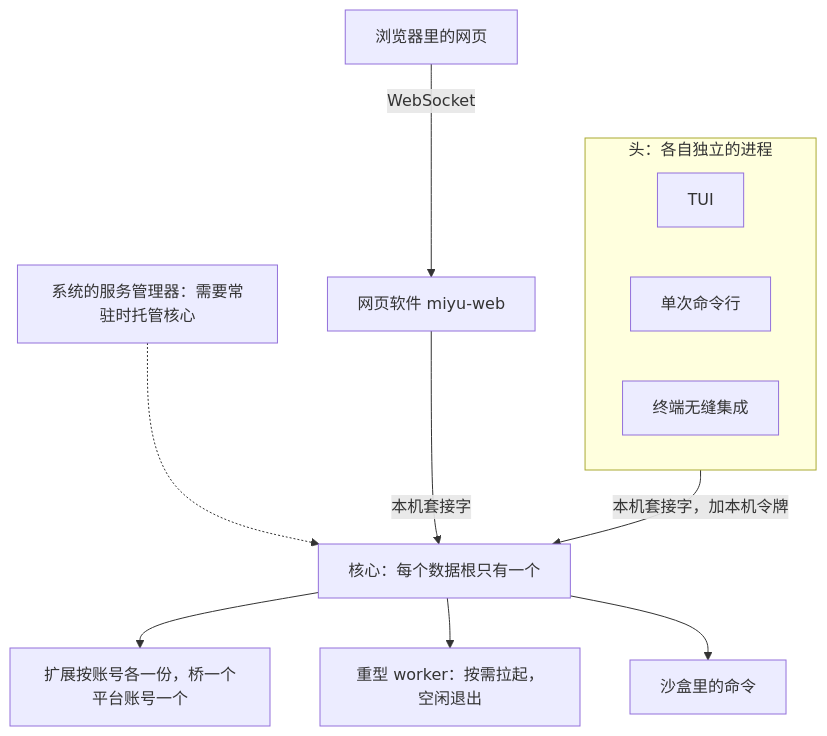
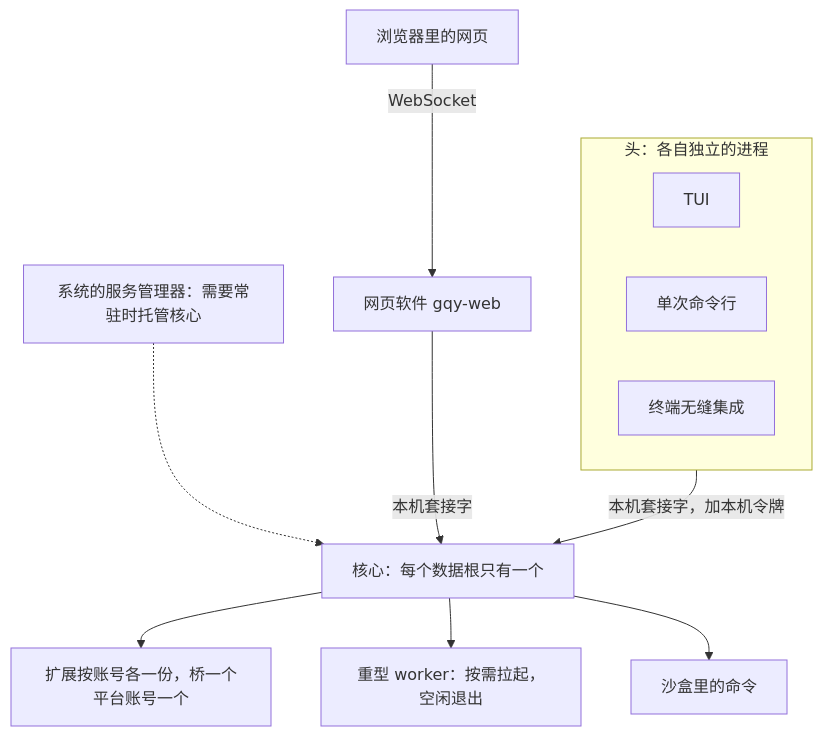
Before and after one commit to yxxbc/GQYv2: the first of 3 diagrams in docs/designs/12-进程形态与分发.md, drawn with Mermaid. The commit also changed other lines of this file and 531 other files, not shown here.

Commit message:
docs: replace all miyu references with gqy

````diff
--- a/docs/designs/12-进程形态与分发.md
+++ b/docs/designs/12-进程形态与分发.md
@@ -7,16 +7,16 @@
 ```mermaid
 flowchart TB
     svc["系统的服务管理器：需要常驻时托管核心"] -.-> core
     subgraph heads["头：各自独立的进程"]
         direction LR
         tui["TUI"]
         cli["单次命令行"]
         sh["终端无缝集成"]
     end
     heads -- "本机套接字，加本机令牌" --> core["核心：每个数据根只有一个"]
-    web["浏览器里的网页"] -- "WebSocket" --> webapp["网页软件 miyu-web"]
+    web["浏览器里的网页"] -- "WebSocket" --> webapp["网页软件 gqy-web"]
     webapp -- "本机套接字" --> core
     core --> ext["扩展按账号各一份，桥一个平台账号一个"]
     core --> wk["重型 worker：按需拉起，空闲退出"]
     core --> box["沙盒里的命令"]
 ```
````
